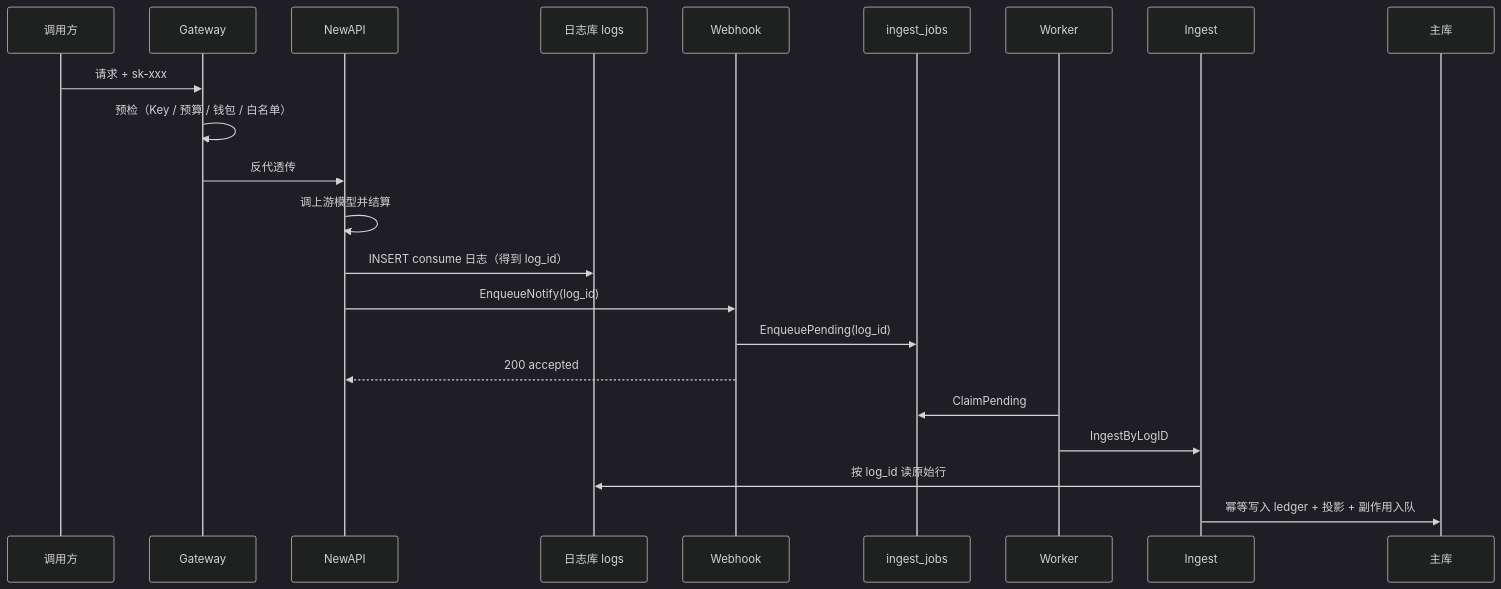
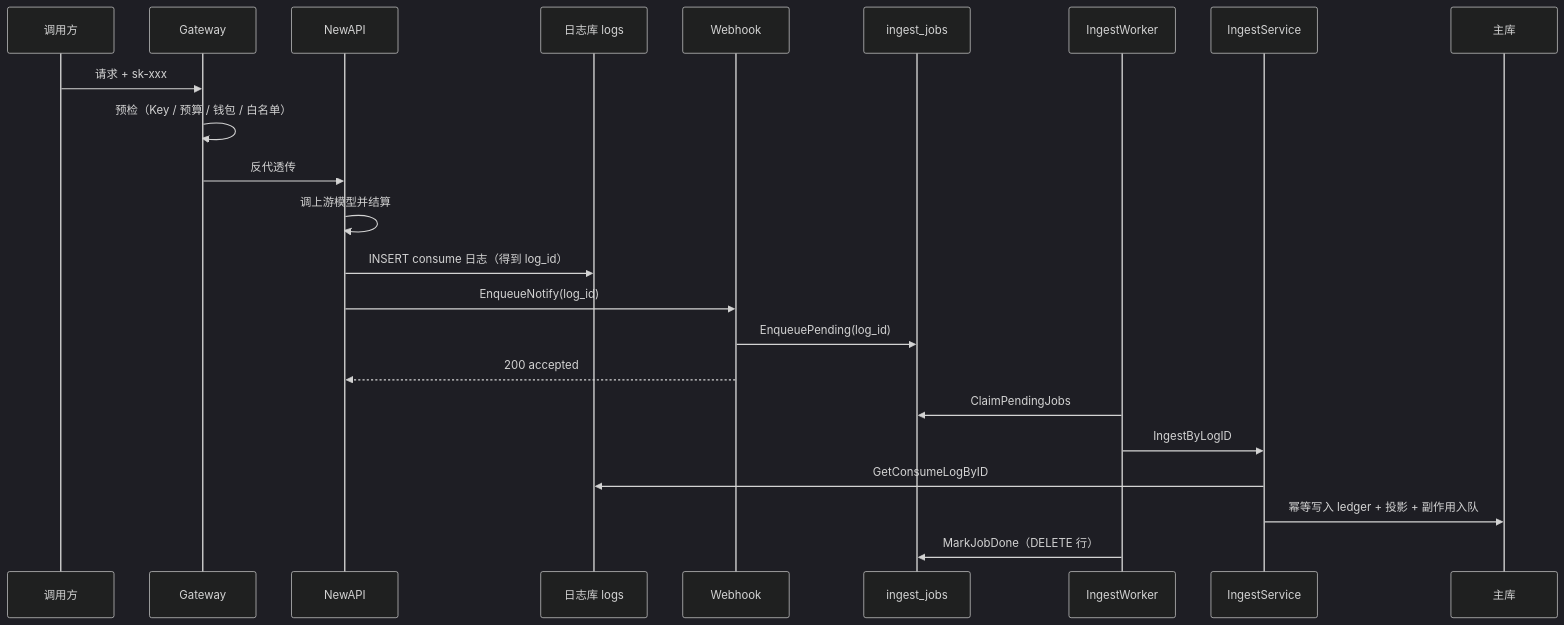
Before and after one commit to quyip8818/mytokenjoy: the second of 9 diagrams in docs/Backend-Ingest架构.md, drawn with Mermaid (dark theme). The commit also changed other lines of this file and 65 other files, not shown here.

````diff
--- a/docs/Backend-Ingest架构.md
+++ b/docs/Backend-Ingest架构.md
@@ -57,25 +55,26 @@
 ```mermaid
 sequenceDiagram
   participant C as 调用方
   participant GW as Gateway
   participant NA as NewAPI
   participant L as 日志库 logs
   participant WH as Webhook
   participant Q as ingest_jobs
-  participant WK as Worker
-  participant ING as Ingest
+  participant WK as IngestWorker
+  participant ING as IngestService
   participant M as 主库
 
   C->>GW: 请求 + sk-xxx
   GW->>GW: 预检（Key / 预算 / 钱包 / 白名单）
   GW->>NA: 反代透传
   NA->>NA: 调上游模型并结算
   NA->>L: INSERT consume 日志（得到 log_id）
   NA->>WH: EnqueueNotify(log_id)
   WH->>Q: EnqueuePending(log_id)
   WH-->>NA: 200 accepted
-  WK->>Q: ClaimPending
+  WK->>Q: ClaimPendingJobs
   WK->>ING: IngestByLogID
-  ING->>L: 按 log_id 读原始行
+  ING->>L: GetConsumeLogByID
   ING->>M: 幂等写入 ledger + 投影 + 副作用入队
+  WK->>Q: MarkJobDone（DELETE 行）
 ```
````
